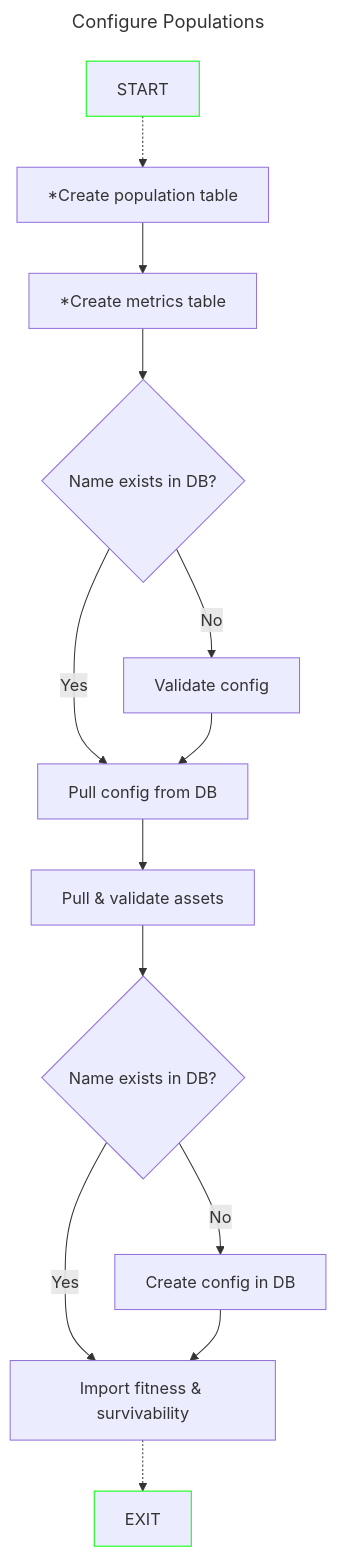
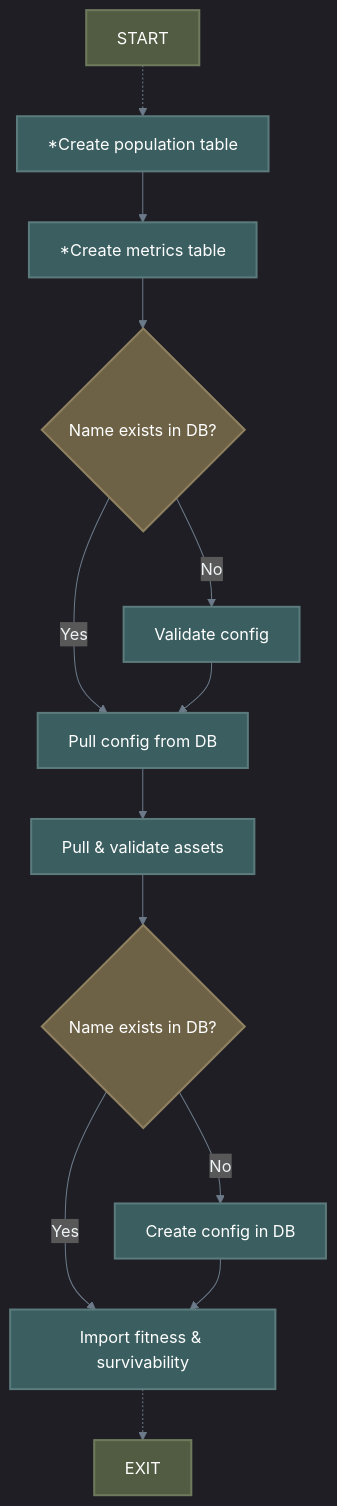
One commit to Shapedsundew9/erasmus-gp changed the diagram in docs/components/core/populations.md. Above: the diagram before and after it, drawn with Mermaid. The commit also changed 21 other files, not shown here.

First line of the commit message:
Enhance Mermaid Diagrams and Color Consistency Across Documentation

````diff
--- a/docs/components/core/populations.md
+++ b/docs/components/core/populations.md
@@ -9,21 +9,25 @@
 ```mermaid
----
-title: Configure Populations
----
+%%{init: { 'theme': 'dark', 'themeVariables': { 'lineColor': '#6c7a89', 'textColor': '#edf2f4', 'mainBkg': '#2b2d42', 'primaryBorderColor': '#4a4e69' }}}%%
 flowchart TB
-    s[START]
-    b1[*Create population table]
-    b2[*Create metrics table]
-    b3{Name exists in DB?}
-    b4[Validate config]
-    b5[Pull config from DB]
-    b6[Pull & validate assets]
-    b7{Name exists in DB?}
-    b8[Create config in DB]
-    b9[Import fitness & survivability]
-    e[EXIT]
-    s:::ses -.-> b1 --> b2 --> b3 -- Yes --> b5 --> b6 --> b7 -- Yes --> b9 -.->e:::ses
+    %% Base/Default (Dark Slate)
+    classDef default fill:#2b2d42,stroke:#4a4e69,stroke-width:2px,color:#edf2f4
+    classDef dataTeal fill:#3b5e60,stroke:#5b7a7c,stroke-width:2px,color:#ffffff
+    classDef dataGold fill:#6e6246,stroke:#8f8160,stroke-width:2px,color:#ffffff
+    classDef dataOlive fill:#525c42,stroke:#6f7a5d,stroke-width:2px,color:#ffffff
+
+    s[START]:::dataOlive
+    b1[*Create population table]:::dataTeal
+    b2[*Create metrics table]:::dataTeal
+    b3{Name exists in DB?}:::dataGold
+    b4[Validate config]:::dataTeal
+    b5[Pull config from DB]:::dataTeal
+    b6[Pull & validate assets]:::dataTeal
+    b7{Name exists in DB?}:::dataGold
+    b8[Create config in DB]:::dataTeal
+    b9[Import fitness & survivability]:::dataTeal
+    e[EXIT]:::dataOlive
+
+    s -.-> b1 --> b2 --> b3 -- Yes --> b5 --> b6 --> b7 -- Yes --> b9 -.-> e
     b3 -- No --> b4 --> b5
     b7 -- No --> b8 --> b9
-classDef ses stroke:#0f0
 ```
````
